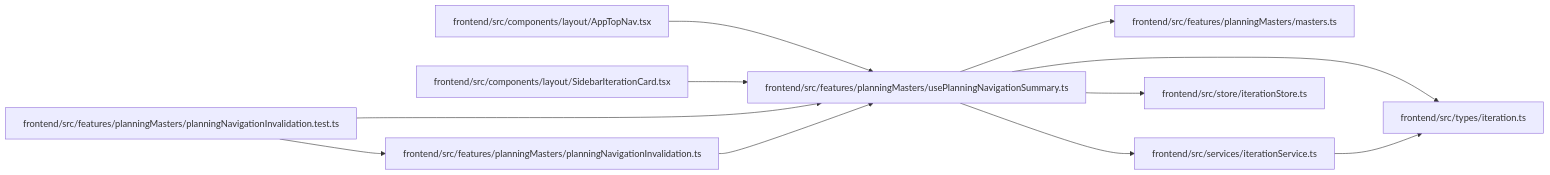
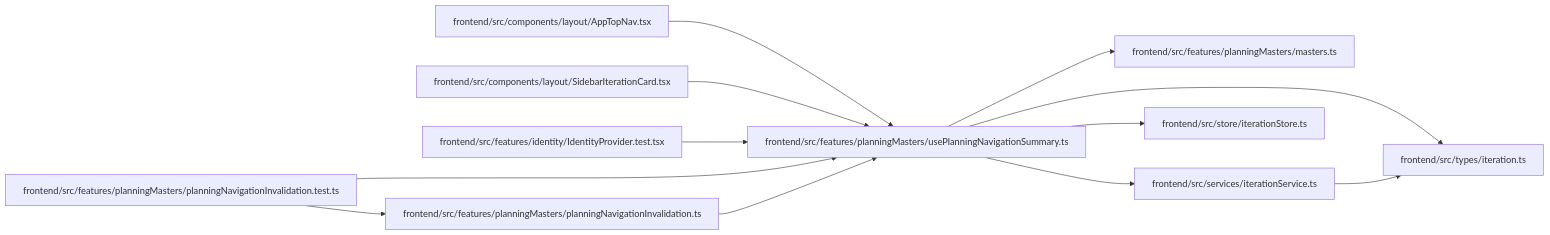
One commit to Denissvgn/WorkChord changed the diagram in docs/llm_wiki/modules/usePlanningNavigationSummary.md. Above: the diagram before and after it, drawn with Mermaid. The commit also changed other lines of this file and 10148 other files, not shown here.

First line of the commit message:
Harden identity, planning concurrency, and recovery (#11)

````diff
--- a/docs/llm_wiki/modules/usePlanningNavigationSummary.md
+++ b/docs/llm_wiki/modules/usePlanningNavigationSummary.md
@@ -29,31 +29,34 @@
 ```mermaid
 flowchart LR
     n0["frontend/src/components/layout/AppTopNav.tsx"]
     n1["frontend/src/components/layout/SidebarIterationCard.tsx"]
-    n2["frontend/src/features/planningMasters/masters.ts"]
-    n3["frontend/src/features/planningMasters/planningNavigationInvalidation.test.ts"]
-    n4["frontend/src/features/planningMasters/planningNavigationInvalidation.ts"]
-    n5["frontend/src/features/planningMasters/usePlanningNavigationSummary.ts"]
-    n6["frontend/src/services/iterationService.ts"]
-    n7["frontend/src/store/iterationStore.ts"]
-    n8["frontend/src/types/iteration.ts"]
-    n0 --> n5
-    n1 --> n5
-    n3 --> n4
-    n3 --> n5
+    n2["frontend/src/features/identity/IdentityProvider.test.tsx"]
+    n3["frontend/src/features/planningMasters/masters.ts"]
+    n4["frontend/src/features/planningMasters/planningNavigationInvalidation.test.ts"]
+    n5["frontend/src/features/planningMasters/planningNavigationInvalidation.ts"]
+    n6["frontend/src/features/planningMasters/usePlanningNavigationSummary.ts"]
+    n7["frontend/src/services/iterationService.ts"]
+    n8["frontend/src/store/iterationStore.ts"]
+    n9["frontend/src/types/iteration.ts"]
+    n0 --> n6
+    n1 --> n6
+    n2 --> n6
     n4 --> n5
-    n5 --> n2
+    n4 --> n6
     n5 --> n6
-    n5 --> n7
-    n5 --> n8
+    n6 --> n3
+    n6 --> n7
     n6 --> n8
+    n6 --> n9
+    n7 --> n9
     click n0 "../modules/AppTopNav.md"
     click n1 "../modules/SidebarIterationCard.md"
-    click n2 "../modules/planningMasters_masters.md"
-    click n3 "../modules/planningNavigationInvalidation.test.md"
-    click n4 "../modules/planningNavigationInvalidation.md"
-    click n5 "../modules/usePlanningNavigationSummary.md"
-    click n6 "../modules/iterationService.md"
-    click n7 "../modules/iterationStore.md"
-    click n8 "../modules/types_iteration.md"
+    click n2 "../modules/IdentityProvider.test.md"
+    click n3 "../modules/planningMasters_masters.md"
+    click n4 "../modules/planningNavigationInvalidation.test.md"
+    click n5 "../modules/planningNavigationInvalidation.md"
+    click n6 "../modules/usePlanningNavigationSummary.md"
+    click n7 "../modules/iterationService.md"
+    click n8 "../modules/iterationStore.md"
+    click n9 "../modules/types_iteration.md"
 ```
````
